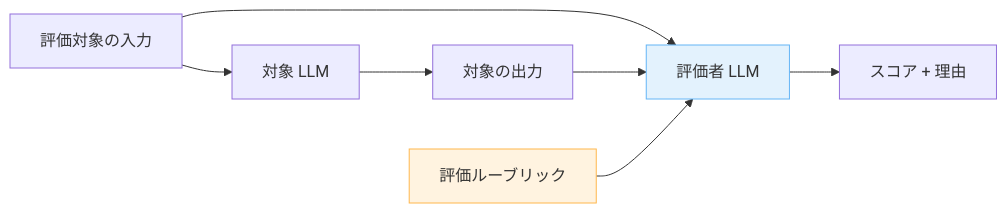
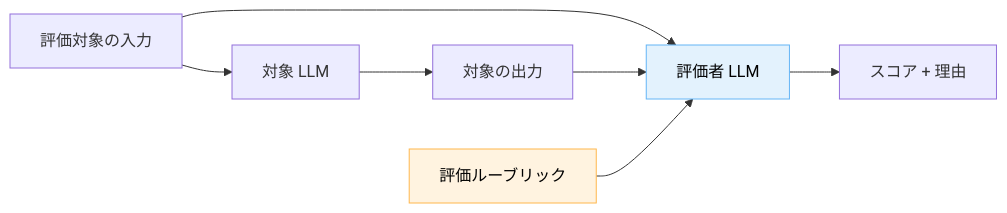
Before and after one commit to dinekt/dinekt-wiki: the first of 3 diagrams in docs/techniques/llm-as-judge-評価者-llm-の組み立て方.md, drawn with Mermaid. The commit also changed 71 other files, not shown here.

First line of the commit message:
fix: mermaid readability + remove GitHub repo toolbar

````diff
--- a/docs/techniques/llm-as-judge-評価者-llm-の組み立て方.md
+++ b/docs/techniques/llm-as-judge-評価者-llm-の組み立て方.md
@@ -25,12 +25,12 @@
 ```mermaid
 flowchart LR
     I[評価対象の入力] --> M[対象 LLM]
     M --> O[対象の出力]
     I --> J[評価者 LLM]
     O --> J
     R[評価ルーブリック] --> J
     J --> S[スコア + 理由]
 
-    style J fill:#e3f2fd,stroke:#64b5f6
-    style R fill:#fff3e0,stroke:#ffb74d
+    style J fill:#e3f2fd,stroke:#64b5f6,color:#000
+    style R fill:#fff3e0,stroke:#ffb74d,color:#000
 ```
````
